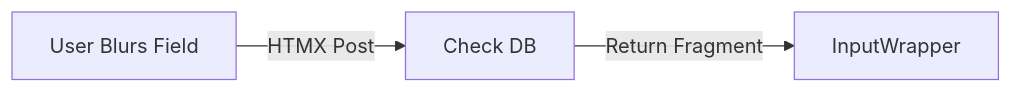
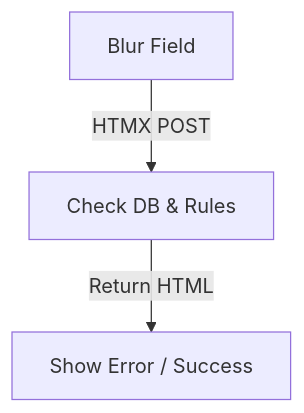
Before and after one commit to seanwhs/Tutorials: the fifth of 6 diagrams in Full-Stack/Django-Vite-HTMX-Alpine.md, drawn with Mermaid. The commit also changed other lines of this file, not shown here.

````diff
--- a/Full-Stack/Django-Vite-HTMX-Alpine.md
+++ b/Full-Stack/Django-Vite-HTMX-Alpine.md
@@ -216,5 +114,5 @@
 ```mermaid
-flowchart LR
-    Input[User Blurs Field] -->|HTMX Post| Django[Check DB]
-    Django -->|Return Fragment| InputWrapper
+flowchart TD
+    Input[Blur Field]:::browser -->|HTMX POST| Django[Check DB & Rules]:::server
+    Django -->|Return HTML| InputWrapper[Show Error / Success]:::htmx
 ```
````
